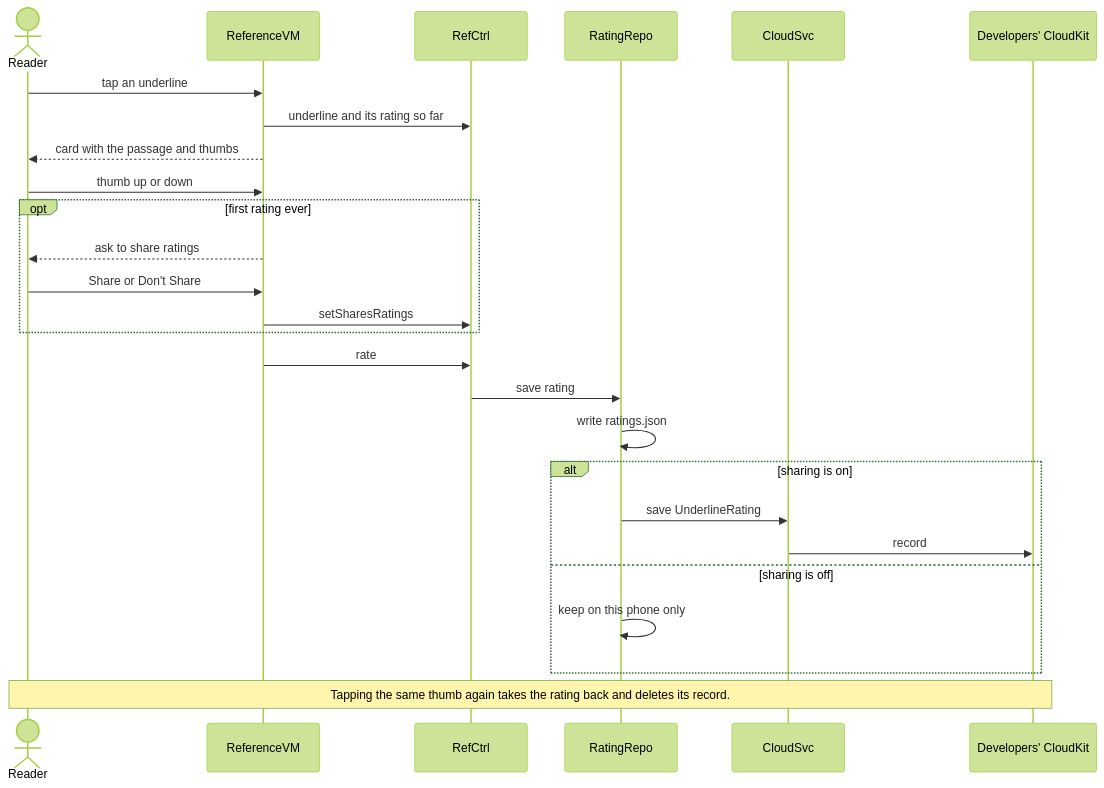
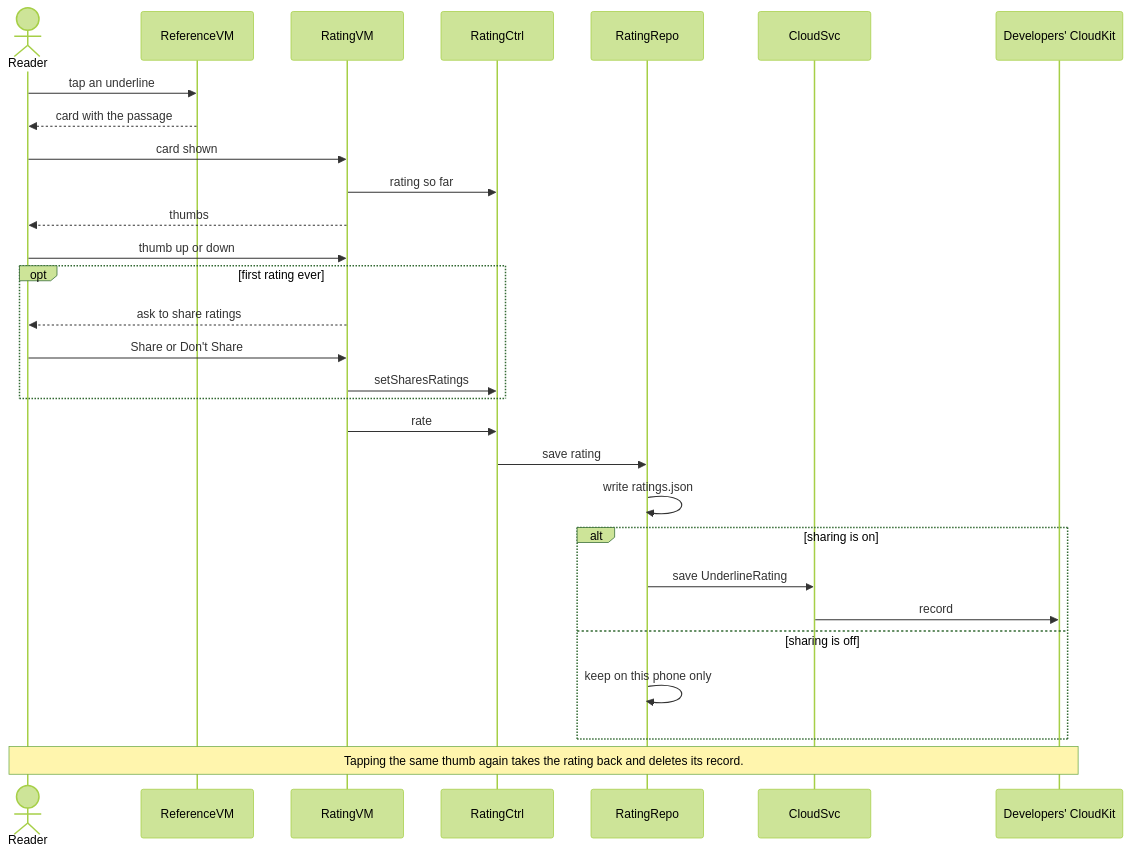
Before and after one commit to AftrHours/iRead: the diagram in docs/diagrams/11-sequence-rate-a-passage.mmd, drawn with Mermaid (forest theme). The commit also changed 27 other files, not shown here.

Commit message:
refactor: [SN] split ratings into RatingCtrl/RatingVM and save SavedUnderline instead of engine types

```diff
--- a/docs/diagrams/11-sequence-rate-a-passage.mmd
+++ b/docs/diagrams/11-sequence-rate-a-passage.mmd
@@ -1,27 +1,30 @@
 sequenceDiagram
   actor Reader
   participant ReferenceVM
-  participant RefCtrl
+  participant RatingVM
+  participant RatingCtrl
   participant RatingRepo
   participant CloudSvc
   participant Public as Developers' CloudKit
 
   Reader->>ReferenceVM: tap an underline
-  ReferenceVM->>RefCtrl: underline and its rating so far
-  ReferenceVM-->>Reader: card with the passage and thumbs
-  Reader->>ReferenceVM: thumb up or down
+  ReferenceVM-->>Reader: card with the passage
+  Reader->>RatingVM: card shown
+  RatingVM->>RatingCtrl: rating so far
+  RatingVM-->>Reader: thumbs
+  Reader->>RatingVM: thumb up or down
   opt first rating ever
-    ReferenceVM-->>Reader: ask to share ratings
-    Reader->>ReferenceVM: Share or Don't Share
-    ReferenceVM->>RefCtrl: setSharesRatings
+    RatingVM-->>Reader: ask to share ratings
+    Reader->>RatingVM: Share or Don't Share
+    RatingVM->>RatingCtrl: setSharesRatings
   end
-  ReferenceVM->>RefCtrl: rate
-  RefCtrl->>RatingRepo: save rating
+  RatingVM->>RatingCtrl: rate
+  RatingCtrl->>RatingRepo: save rating
   RatingRepo->>RatingRepo: write ratings.json
   alt sharing is on
     RatingRepo->>CloudSvc: save UnderlineRating
     CloudSvc->>Public: record
   else sharing is off
     RatingRepo->>RatingRepo: keep on this phone only
   end
   Note over Reader,Public: Tapping the same thumb again takes the rating back and deletes its record.
```
